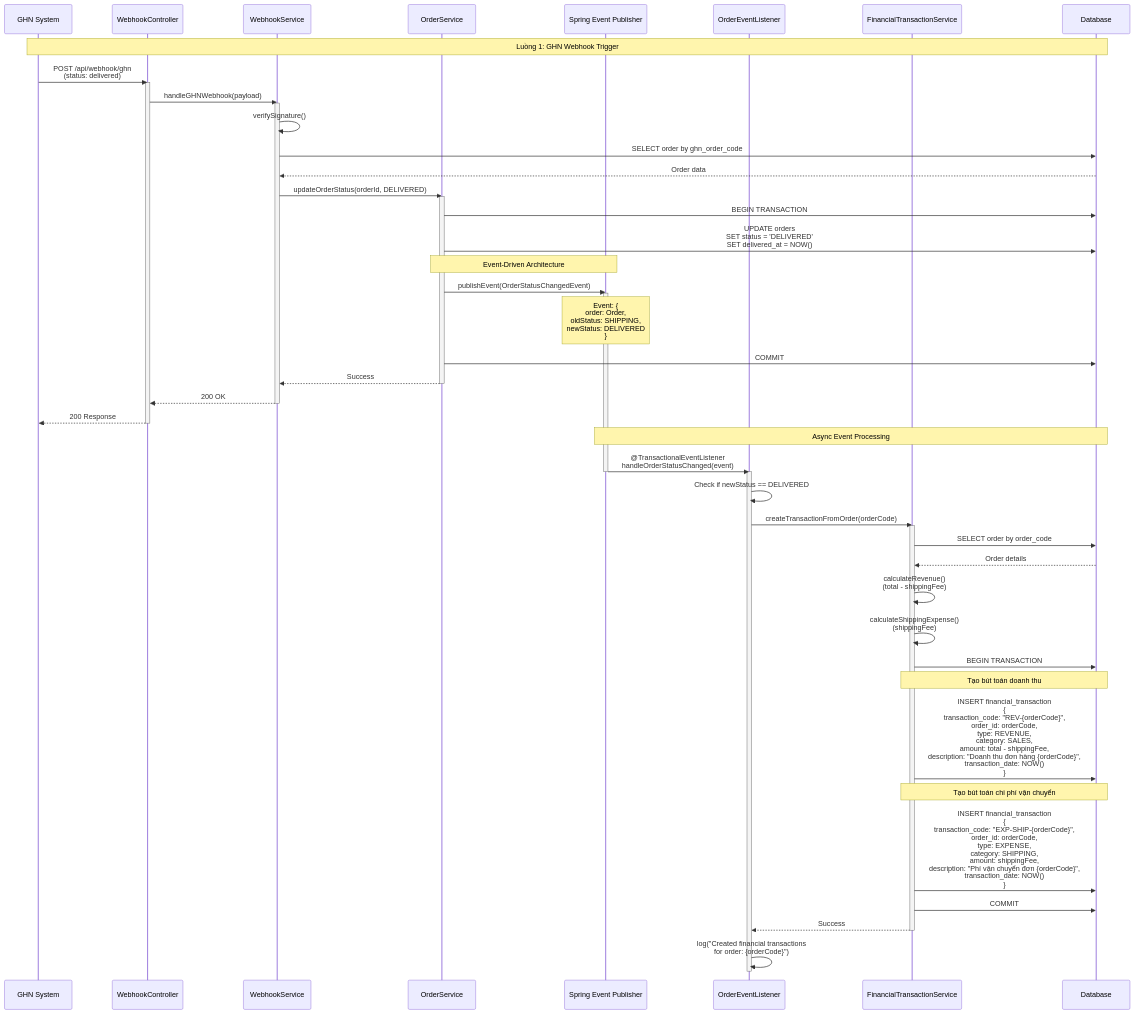
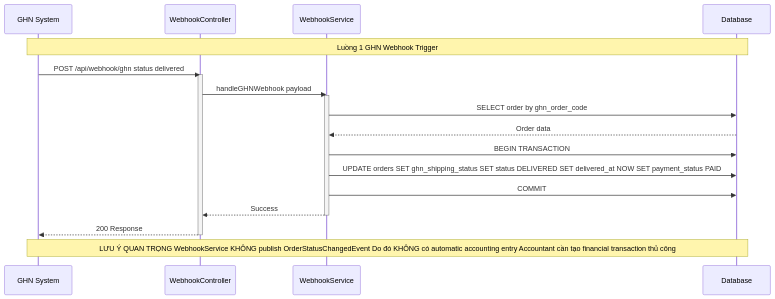
Before and after one commit to Mvuong1523/Do-an-tot-nghiep: the first of 17 diagrams in .kiro/specs/bao-cao-do-an/sequence-diagram-accounting-flow.md, drawn with Mermaid. The commit also changed other lines of this file and 22 other files, not shown here.

````diff
--- a/.kiro/specs/bao-cao-do-an/sequence-diagram-accounting-flow.md
+++ b/.kiro/specs/bao-cao-do-an/sequence-diagram-accounting-flow.md
@@ -44,80 +53,32 @@
 ```mermaid
 sequenceDiagram
     participant GHN as GHN System
     participant WebhookCtrl as WebhookController
     participant WebhookSvc as WebhookService
-    participant OrderSvc as OrderService
-    participant EventPublisher as Spring Event Publisher
-    participant EventListener as OrderEventListener
-    participant FinTxnSvc as FinancialTransactionService
     participant DB as Database
     
-    Note over GHN,DB: Luồng 1: GHN Webhook Trigger
+    Note over GHN,DB: Luồng 1 GHN Webhook Trigger
     
-    GHN->>WebhookCtrl: POST /api/webhook/ghn<br/>(status: delivered)
+    GHN->>WebhookCtrl: POST /api/webhook/ghn status delivered
     activate WebhookCtrl
     
-    WebhookCtrl->>WebhookSvc: handleGHNWebhook(payload)
+    WebhookCtrl->>WebhookSvc: handleGHNWebhook payload
     activate WebhookSvc
     
-    WebhookSvc->>WebhookSvc: verifySignature()
     WebhookSvc->>DB: SELECT order by ghn_order_code
     DB-->>WebhookSvc: Order data
     
-    WebhookSvc->>OrderSvc: updateOrderStatus(orderId, DELIVERED)
-    activate OrderSvc
+    WebhookSvc->>DB: BEGIN TRANSACTION
     
-    OrderSvc->>DB: BEGIN TRANSACTION
-    OrderSvc->>DB: UPDATE orders<br/>SET status = 'DELIVERED'<br/>SET delivered_at = NOW()
+    WebhookSvc->>DB: UPDATE orders SET ghn_shipping_status SET status DELIVERED SET delivered_at NOW SET payment_status PAID
     
-    Note over OrderSvc,EventPublisher: Event-Driven Architecture
+    WebhookSvc->>DB: COMMIT
     
-    OrderSvc->>EventPublisher: publishEvent(OrderStatusChangedEvent)
-    activate EventPublisher
-    Note over EventPublisher: Event: {<br/>  order: Order,<br/>  oldStatus: SHIPPING,<br/>  newStatus: DELIVERED<br/>}
+    WebhookSvc-->>WebhookCtrl: Success
+    deactivate WebhookSvc
     
-    OrderSvc->>DB: COMMIT
-    OrderSvc-->>WebhookSvc: Success
-    deactivate OrderSvc
-    
-    WebhookSvc-->>WebhookCtrl: 200 OK
-    deactivate WebhookSvc
     WebhookCtrl-->>GHN: 200 Response
     deactivate WebhookCtrl
     
-    Note over EventPublisher,DB: Async Event Processing
-    
-    EventPublisher->>EventListener: @TransactionalEventListener<br/>handleOrderStatusChanged(event)
-    deactivate EventPublisher
-    activate EventListener
-    
-    EventListener->>EventListener: Check if newStatus == DELIVERED
-    
-    EventListener->>FinTxnSvc: createTransactionFromOrder(orderCode)
-    activate FinTxnSvc
-    
-    FinTxnSvc->>DB: SELECT order by order_code
-    DB-->>FinTxnSvc: Order details
-    
-    FinTxnSvc->>FinTxnSvc: calculateRevenue()<br/>(total - shippingFee)
-    FinTxnSvc->>FinTxnSvc: calculateShippingExpense()<br/>(shippingFee)
-    
-    FinTxnSvc->>DB: BEGIN TRANSACTION
-    
-    Note over FinTxnSvc,DB: Tạo bút toán doanh thu
-    
-    FinTxnSvc->>DB: INSERT financial_transaction<br/>{<br/>  transaction_code: "REV-{orderCode}",<br/>  order_id: orderCode,<br/>  type: REVENUE,<br/>  category: SALES,<br/>  amount: total - shippingFee,<br/>  description: "Doanh thu đơn hàng {orderCode}",<br/>  transaction_date: NOW()<br/>}
-    
-    Note over FinTxnSvc,DB: Tạo bút toán chi phí vận chuyển
-    
-    FinTxnSvc->>DB: INSERT financial_transaction<br/>{<br/>  transaction_code: "EXP-SHIP-{orderCode}",<br/>  order_id: orderCode,<br/>  type: EXPENSE,<br/>  category: SHIPPING,<br/>  amount: shippingFee,<br/>  description: "Phí vận chuyển đơn {orderCode}",<br/>  transaction_date: NOW()<br/>}
-    
-    FinTxnSvc->>DB: COMMIT
-    
-    FinTxnSvc-->>EventListener: Success
-    deactivate FinTxnSvc
-    
-    EventListener->>EventListener: log("Created financial transactions<br/>for order: {orderCode}")
-    
-    deactivate EventListener
+    Note over GHN,DB: LƯU Ý QUAN TRỌNG WebhookService KHÔNG publish OrderStatusChangedEvent Do đó KHÔNG có automatic accounting entry Accountant cần tạo financial transaction thủ công
 ```
````
